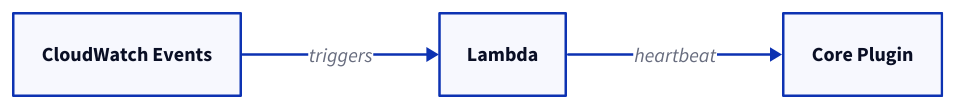
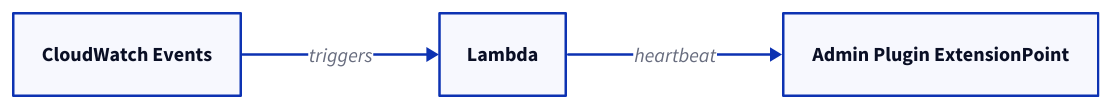
Diagram 18 of 20 in packages/doc/docs-app/component-overview.md (ReventlessDev/reventless-core), drawn with D2 before and after one commit. The commit also changed other lines of this file and 92 other files, not shown here.

````diff
--- a/packages/doc/docs-app/component-overview.md
+++ b/packages/doc/docs-app/component-overview.md
@@ -628,10 +628,10 @@
 ```d2
 direction: right
 
 cloudwatch: CloudWatch Events { class: scheduler }
 lambda: Lambda { class: heartbeat }
-core_plugin: Core Plugin { class: extension-point }
+admin_ep: Admin Plugin ExtensionPoint { class: extension-point }
 
 cloudwatch -> lambda: triggers
-lambda -> core_plugin: heartbeat { class: event-flow }
+lambda -> admin_ep: heartbeat { class: event-flow }
 ```
````
